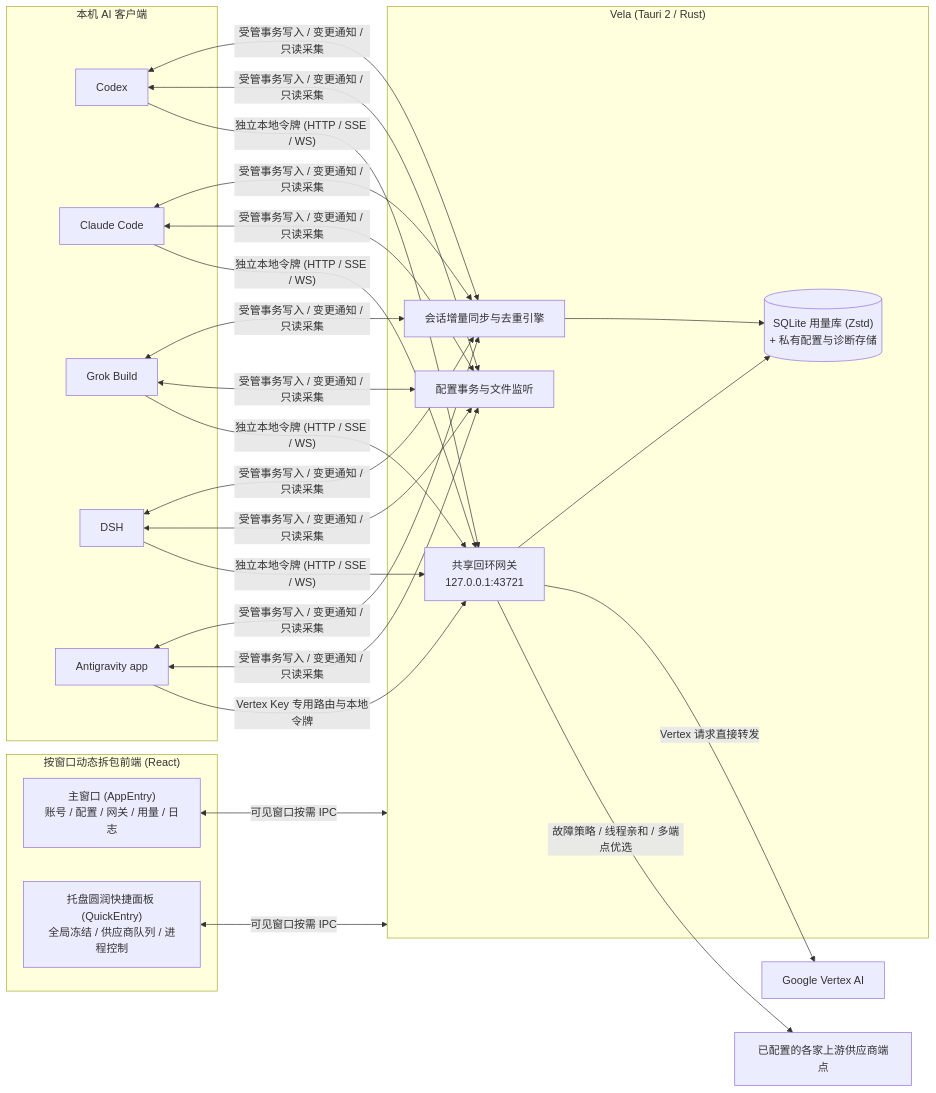
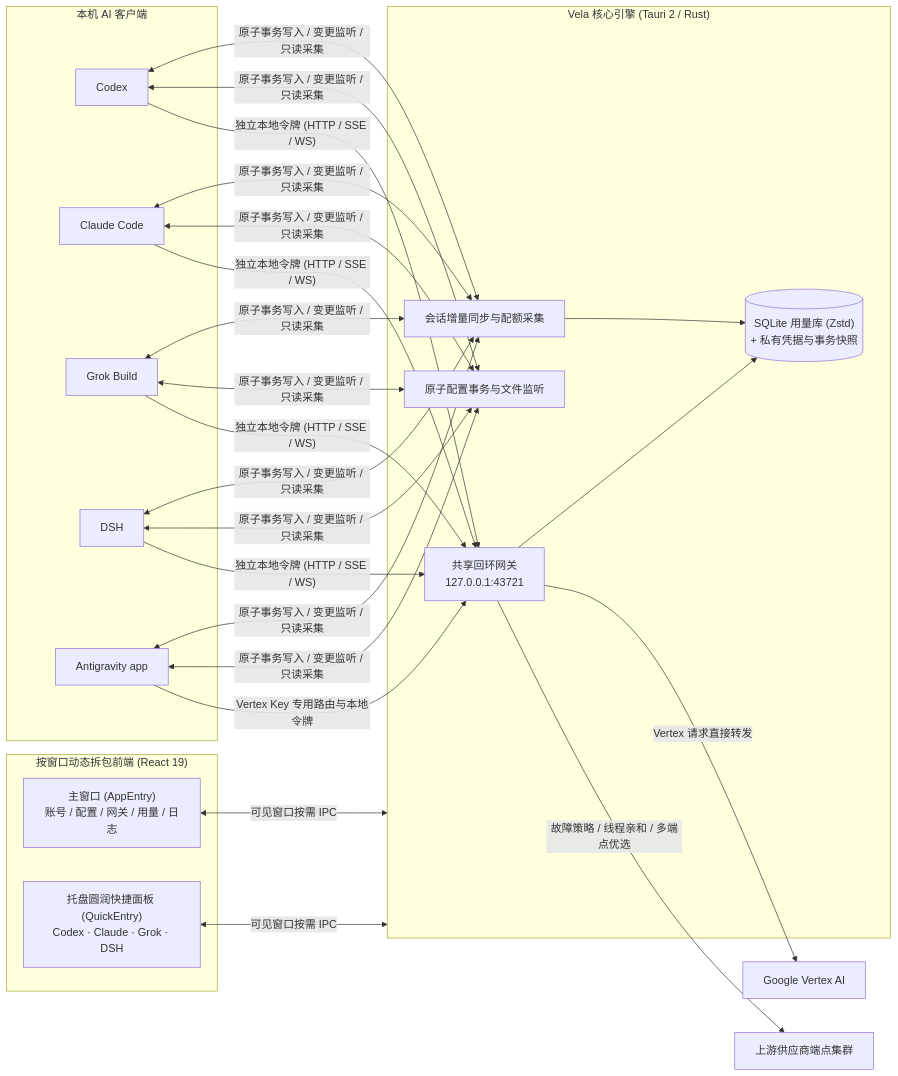
The diagram in README.md (lich13/lich13-switch), drawn with Mermaid before and after one commit. The commit also changed other lines of this file and 1 other file, not shown here.

Commit message:
docs(readme): rewrite bilingual README.md and README.en.md highlighting core features

````diff
--- a/README.md
+++ b/README.md
@@ -60,33 +73,33 @@
 ```mermaid
 flowchart LR
   subgraph Clients["本机 AI 客户端"]
     Codex["Codex"]
     Claude["Claude Code"]
     Grok["Grok Build"]
     DSH["DSH"]
     AG["Antigravity app"]
   end
 
-  subgraph Core["Vela (Tauri 2 / Rust)"]
+  subgraph Core["Vela 核心引擎 (Tauri 2 / Rust)"]
     GW["共享回环网关\n127.0.0.1:43721"]
-    Watch["配置事务与文件监听"]
-    Sync["会话增量同步与去重引擎"]
-    DB[("SQLite 用量库 (Zstd)\n+ 私有配置与诊断存储")]
+    Watch["原子配置事务与文件监听"]
+    Sync["会话增量同步与配额采集"]
+    DB[("SQLite 用量库 (Zstd)\n+ 私有凭据与事务快照")]
   end
 
-  subgraph UI["按窗口动态拆包前端 (React)"]
+  subgraph UI["按窗口动态拆包前端 (React 19)"]
     Main["主窗口 (AppEntry)\n账号 / 配置 / 网关 / 用量 / 日志"]
-    Quick["托盘圆润快捷面板 (QuickEntry)\n全局冻结 / 供应商队列 / 进程控制"]
+    Quick["托盘圆润快捷面板 (QuickEntry)\nCodex · Claude · Grok · DSH"]
   end
 
-  Upstreams["已配置的各家上游供应商端点"]
+  Upstreams["上游供应商端点集群"]
   Vertex["Google Vertex AI"]
 
   Codex & Claude & Grok & DSH -->|"独立本地令牌 (HTTP / SSE / WS)"| GW
   GW -->|"故障策略 / 线程亲和 / 多端点优选"| Upstreams
   AG -->|"Vertex Key 专用路由与本地令牌"| GW
   GW -->|"Vertex 请求直接转发"| Vertex
-  Codex & Claude & Grok & DSH & AG <-->|"受管事务写入 / 变更通知 / 只读采集"| Watch & Sync
+  Codex & Claude & Grok & DSH & AG <-->|"原子事务写入 / 变更监听 / 只读采集"| Watch & Sync
   GW & Sync --> DB
   Main & Quick <-->|"可见窗口按需 IPC"| Core
 ```
````
